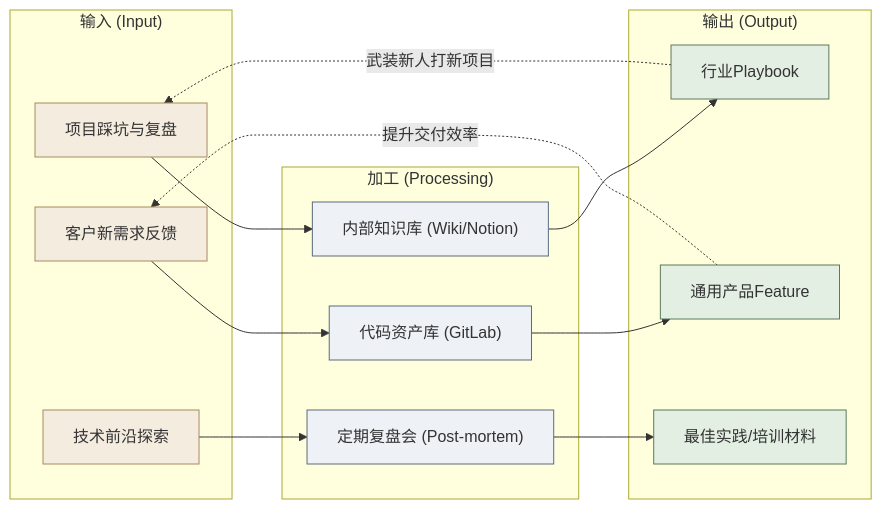
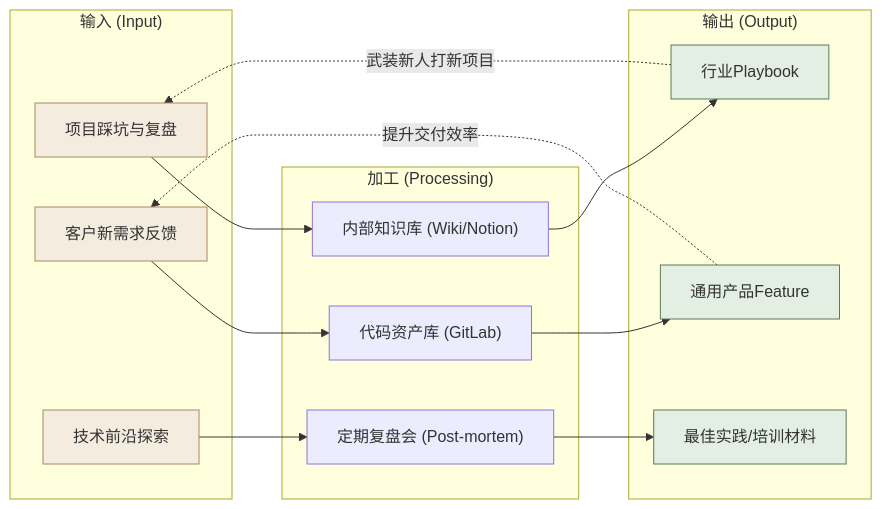
Before and after one commit to cloudzun/fde-course: the second of 2 diagrams in textbook/第12章_FDE人才培养与知识管理.md, drawn with Mermaid. The commit also changed other lines of this file and 10 other files, not shown here.

Commit message:
style: 全库mermaid配色统一以第11章为标准——删主色灰底style，仅保留强调蓝/琥珀金/绿/红四色点缀（40行，方向与第11章图不动）

````diff
--- a/textbook/第12章_FDE人才培养与知识管理.md
+++ b/textbook/第12章_FDE人才培养与知识管理.md
@@ -124,42 +122,39 @@
 ```mermaid
 graph LR
     subgraph "输入 (Input)"
         i1["项目踩坑与复盘"]
         i2["客户新需求反馈"]
         i3["技术前沿探索"]
     end
     
     subgraph "加工 (Processing)"
         p1["内部知识库 (Wiki/Notion)"]
         p2["代码资产库 (GitLab)"]
         p3["定期复盘会 (Post-mortem)"]
     end
     
     subgraph "输出 (Output)"
         o1["行业Playbook"]
         o2["通用产品Feature"]
         o3["最佳实践/培训材料"]
     end
     
     i1 --> p1
     i2 --> p2
     i3 --> p3
     
     p1 --> o1
     p2 --> o2
     p3 --> o3
     
     %% 飞轮效应反馈线
     o1 -.->|武装新人打新项目| i1
     o2 -.->|提升交付效率| i2
 
     style i1 fill:#f5ece0,stroke:#a8895f
     style i2 fill:#f5ece0,stroke:#a8895f
     style i3 fill:#f5ece0,stroke:#a8895f
-    style p1 fill:#eef2f7,stroke:#5a6b7f
-    style p2 fill:#eef2f7,stroke:#5a6b7f
-    style p3 fill:#eef2f7,stroke:#5a6b7f
     style o1 fill:#e4efe4,stroke:#5b7a5b
     style o2 fill:#e4efe4,stroke:#5b7a5b
     style o3 fill:#e4efe4,stroke:#5b7a5b
 ```
````
